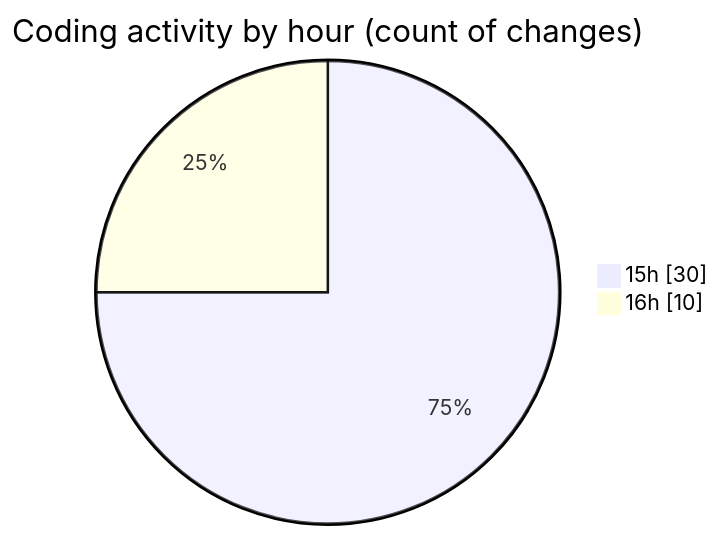
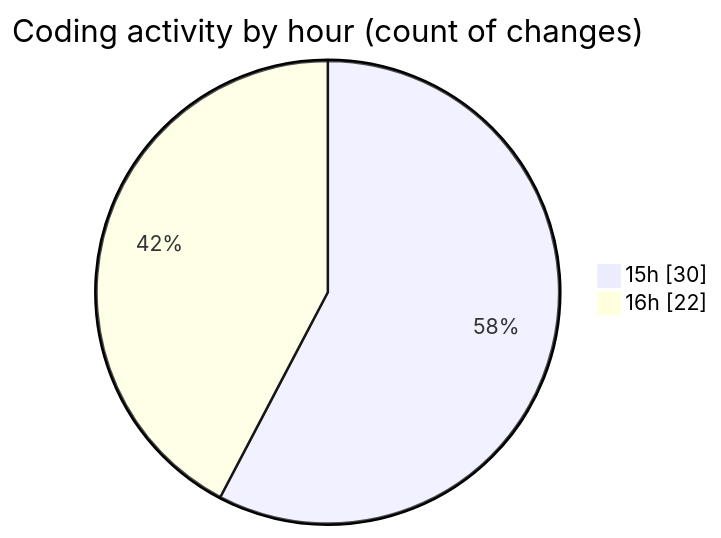
The second of 2 diagrams in 2026-04-02/ai-programming-assignment-4/README.md (Unknowalive/code-tracking), drawn with Mermaid before and after one commit. The commit also changed other lines of this file and 1 other file, not shown here.

````diff
--- a/2026-04-02/ai-programming-assignment-4/README.md
+++ b/2026-04-02/ai-programming-assignment-4/README.md
@@ -43,6 +46,6 @@
 ```mermaid
 pie showData
 title Coding activity by hour (count of changes)
 "15h" : 30
-"16h" : 10
+"16h" : 22
 ```
````
